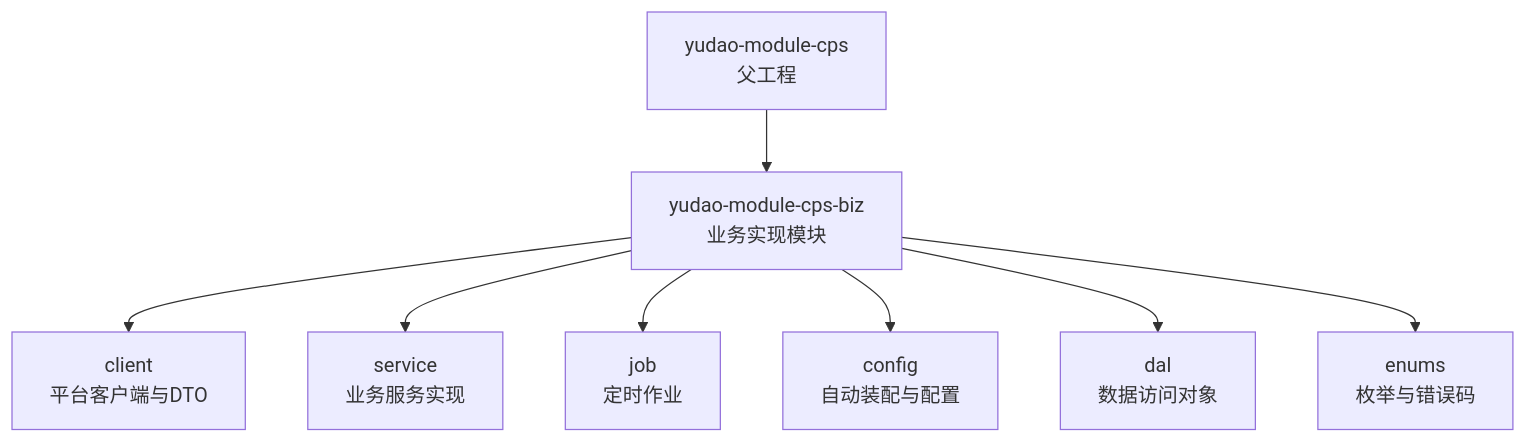
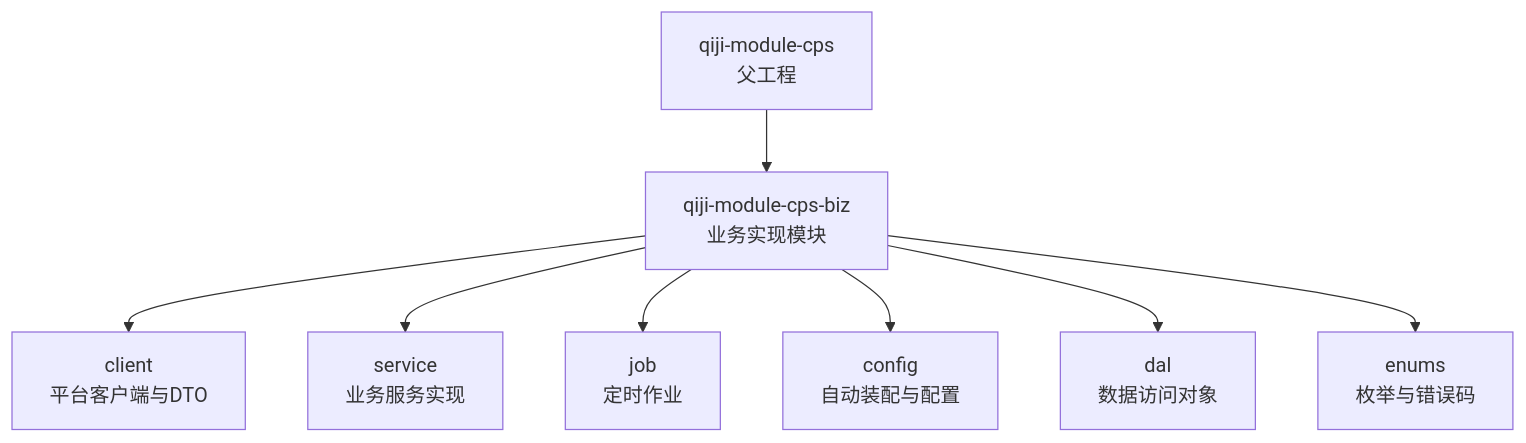
Before and after one commit to zhuangpengLI/AgenticCPS: the first of 8 diagrams in backend/.qoder/repowiki/zh/content/核心业务模块/CPS联盟返利模块/商品搜索与比价.md, drawn with Mermaid. The commit also changed other lines of this file and 3489 other files, not shown here.

````diff
--- a/backend/.qoder/repowiki/zh/content/核心业务模块/CPS联盟返利模块/商品搜索与比价.md
+++ b/backend/.qoder/repowiki/zh/content/核心业务模块/CPS联盟返利模块/商品搜索与比价.md
@@ -55,10 +55,10 @@
 ```mermaid
 graph TB
-A["yudao-module-cps<br/>父工程"] --> B["yudao-module-cps-biz<br/>业务实现模块"]
+A["qiji-module-cps<br/>父工程"] --> B["qiji-module-cps-biz<br/>业务实现模块"]
 B --> C["client<br/>平台客户端与DTO"]
 B --> D["service<br/>业务服务实现"]
 B --> E["job<br/>定时作业"]
 B --> F["config<br/>自动装配与配置"]
 B --> G["dal<br/>数据访问对象"]
 B --> H["enums<br/>枚举与错误码"]
 ```
````
